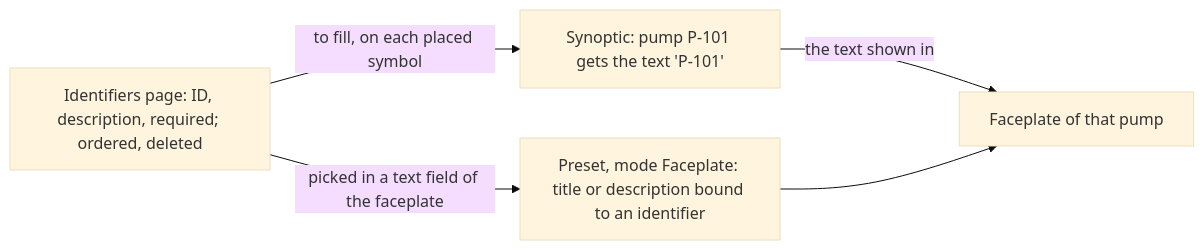
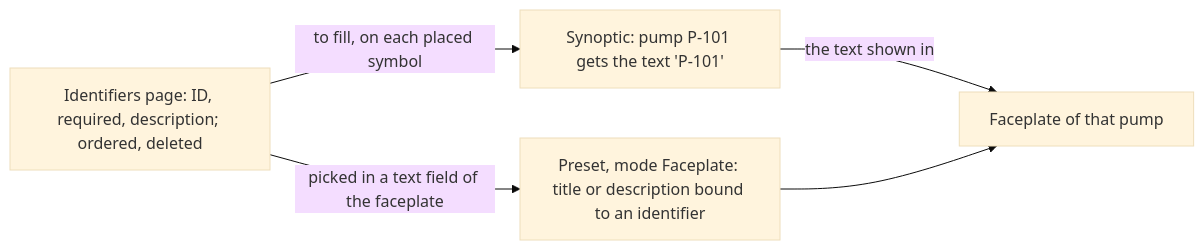
One commit to AlexandreGallais/synoptic-studio-spec changed diagram 45 of 51 in metadata/draft.md. Above: the diagram before and after it, drawn with Mermaid (base theme). The commit also changed other lines of this file and 6 other files, not shown here.

First line of the commit message:
docs(metadata): settle what a required identifier does

````diff
--- a/metadata/draft.md
+++ b/metadata/draft.md
@@ -1502,7 +1502,7 @@
 ```mermaid
 flowchart LR
-    P["Identifiers page: ID, description, required; ordered, deleted"] -->|"picked in a text field of the faceplate"| F["Preset, mode Faceplate: title or description bound to an identifier"]
+    P["Identifiers page: ID, required, description; ordered, deleted"] -->|"picked in a text field of the faceplate"| F["Preset, mode Faceplate: title or description bound to an identifier"]
     P -->|"to fill, on each placed symbol"| S["Synoptic: pump P-101 gets the text 'P-101'"]
     S -->|"the text shown in"| F2["Faceplate of that pump"]
     F --> F2
 ```
````
